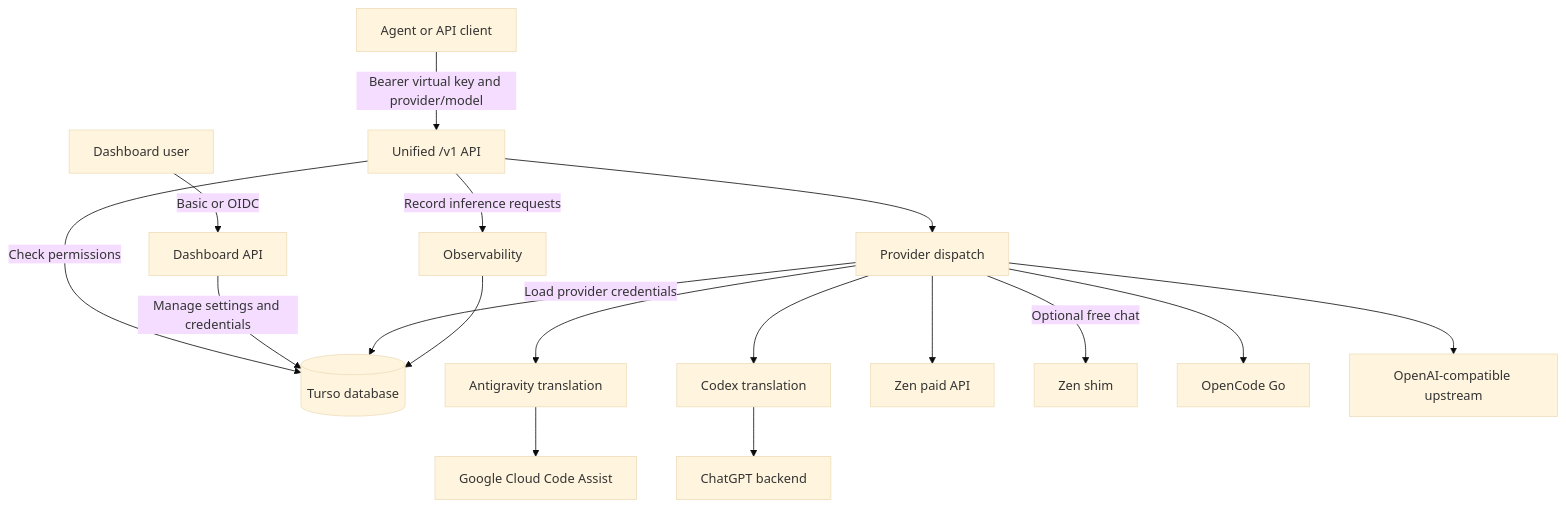
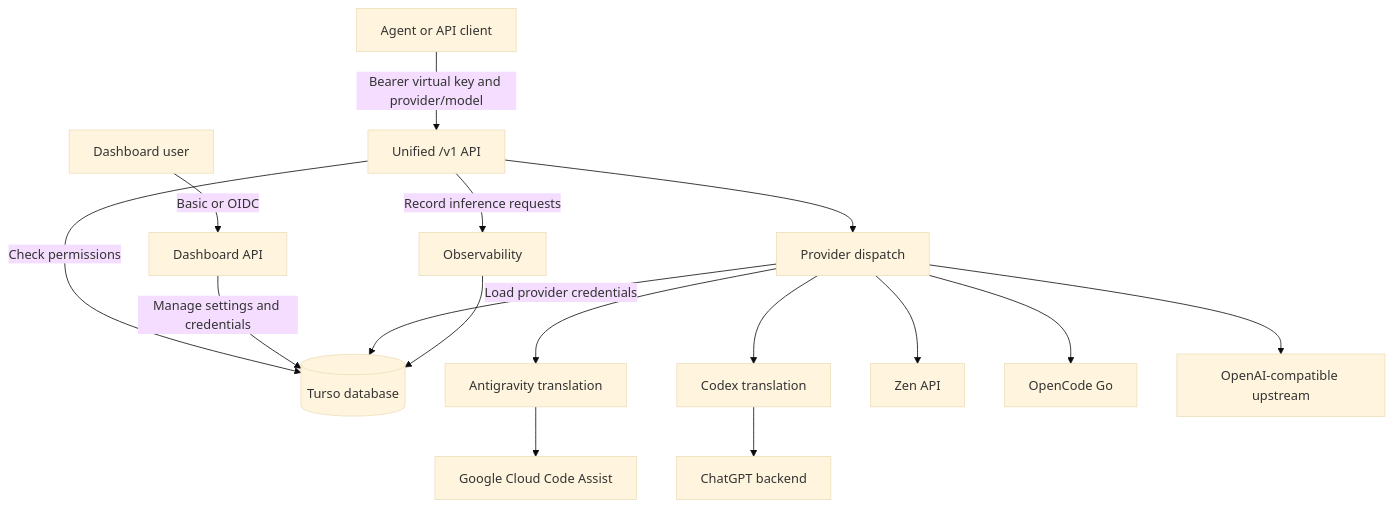
One commit to Delnegend/zero-g changed the diagram in docs/architecture.md. Above: the diagram before and after it, drawn with Mermaid (base theme). The commit also changed other lines of this file and 28 other files, not shown here.

First line of the commit message:
refactor(zen): forward requests to the official API

````diff
--- a/docs/architecture.md
+++ b/docs/architecture.md
@@ -7,19 +7,18 @@
 ```mermaid
 flowchart TD
     Agent[Agent or API client] -->|Bearer virtual key and provider/model| API[Unified /v1 API]
     Browser[Dashboard user] -->|Basic or OIDC| Dashboard[Dashboard API]
     API -->|Check permissions| DB[(Turso database)]
     Dashboard -->|Manage settings and credentials| DB
     API --> Router[Provider dispatch]
     Router -->|Load provider credentials| DB
     Router --> AGY[Antigravity translation]
     Router --> Codex[Codex translation]
-    Router --> Zen[Zen paid API]
-    Router -->|Optional free chat| Shim[Zen shim]
+    Router --> Zen[Zen API]
     Router --> Go[OpenCode Go]
     Router --> Custom[OpenAI-compatible upstream]
     AGY --> Google[Google Cloud Code Assist]
     Codex --> OpenAI[ChatGPT backend]
     API -->|Record inference requests| Logs[Observability]
     Logs --> DB
 ```
````
